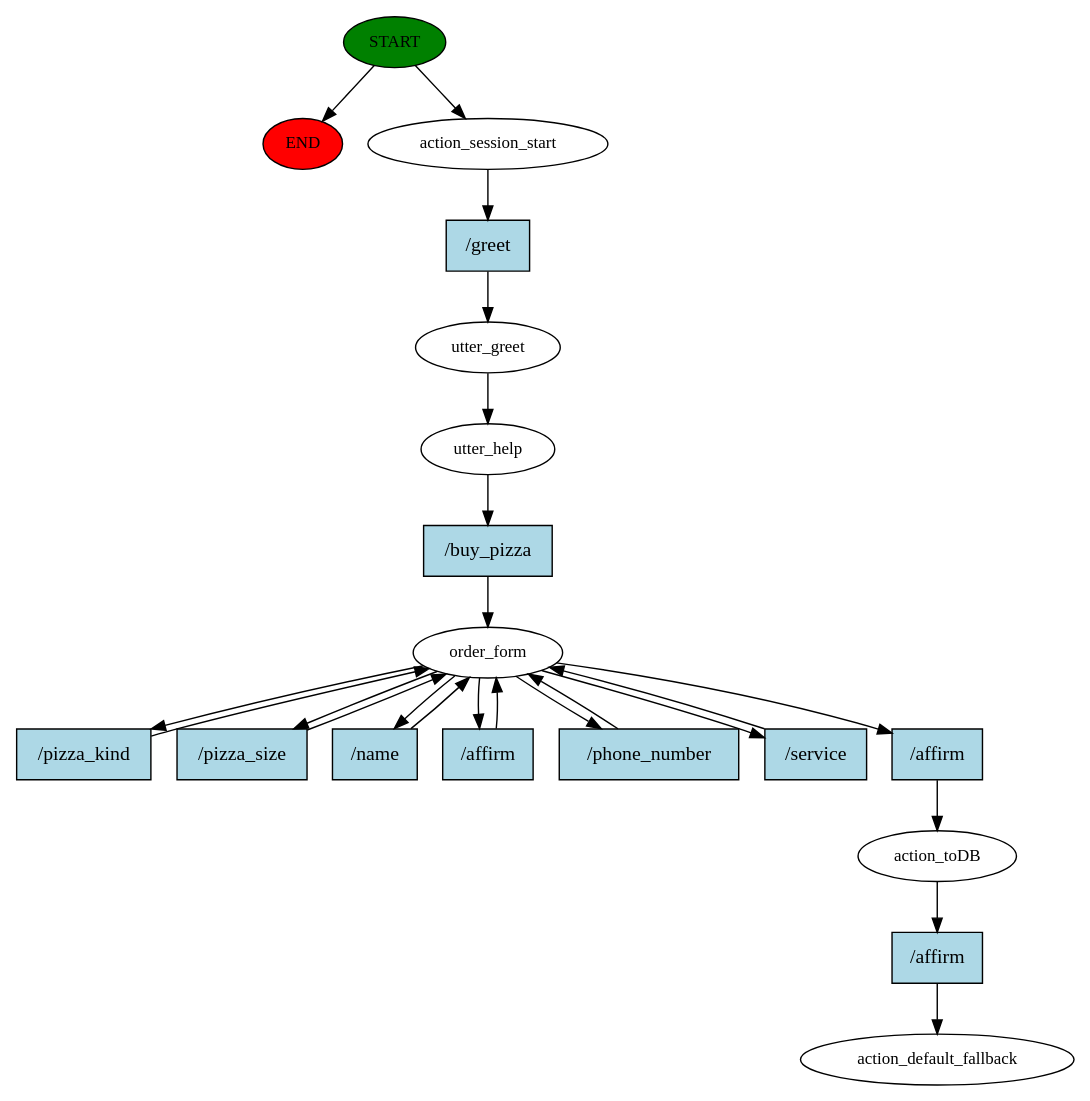
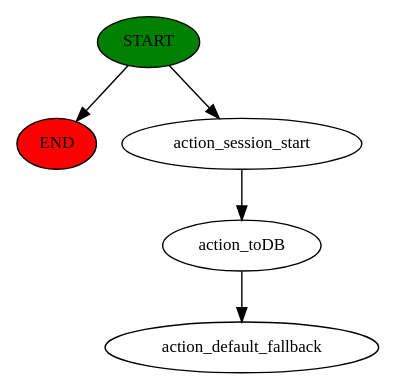
Before and after one commit to TonyKangethe/ADS-PROJEJCT-PIZZA-CHATBOT: the diagram in story_graph.dot, drawn with Graphviz. The commit also changed 1096 other files, not shown here.

```diff
--- a/story_graph.dot
+++ b/story_graph.dot
@@ -1,43 +1,11 @@
 digraph  {
 0 [class="start active", fillcolor=green, fontsize=12, label=START, style=filled];
 "-1" [class=end, fillcolor=red, fontsize=12, label=END, style=filled];
 1 [class=active, fontsize=12, label=action_session_start];
-2 [class=active, fontsize=12, label=utter_greet];
-3 [class=active, fontsize=12, label=utter_help];
-4 [class=active, fontsize=12, label=order_form];
-12 [class=active, fontsize=12, label=action_toDB];
-13 [class="dashed active", fontsize=12, label=action_default_fallback];
-14 [class="intent active", fillcolor=lightblue, label="/greet", shape=rect, style=filled];
-15 [class="intent active", fillcolor=lightblue, label="/buy_pizza", shape=rect, style=filled];
-16 [class="intent active", fillcolor=lightblue, label="/pizza_kind", shape=rect, style=filled];
-17 [class="intent active", fillcolor=lightblue, label="/pizza_size", shape=rect, style=filled];
-18 [class="intent active", fillcolor=lightblue, label="/name", shape=rect, style=filled];
-19 [class="intent active", fillcolor=lightblue, label="/affirm", shape=rect, style=filled];
-20 [class="intent active", fillcolor=lightblue, label="/phone_number", shape=rect, style=filled];
-21 [class="intent active", fillcolor=lightblue, label="/service", shape=rect, style=filled];
-22 [class="intent active", fillcolor=lightblue, label="/affirm", shape=rect, style=filled];
-23 [class="intent active", fillcolor=lightblue, label="/affirm", shape=rect, style=filled];
+2 [class=active, fontsize=12, label=action_toDB];
+3 [class="dashed active", fontsize=12, label=action_default_fallback];
 0 -> "-1"  [class="", key=NONE, label=""];
 0 -> 1  [class=active, key=NONE, label=""];
-1 -> 14  [class=active, key=0];
+1 -> 2  [class=active, key=NONE, label=""];
 2 -> 3  [class=active, key=NONE, label=""];
-3 -> 15  [class=active, key=0];
-4 -> 16  [class=active, key=0];
-4 -> 17  [class=active, key=0];
-4 -> 18  [class=active, key=0];
-4 -> 19  [class=active, key=0];
-4 -> 20  [class=active, key=0];
-4 -> 21  [class=active, key=0];
-4 -> 22  [class=active, key=0];
-12 -> 23  [class=active, key=0];
-14 -> 2  [class=active, key=0];
-15 -> 4  [class=active, key=0];
-16 -> 4  [class=active, key=0];
-17 -> 4  [class=active, key=0];
-18 -> 4  [class=active, key=0];
-19 -> 4  [class=active, key=0];
-20 -> 4  [class=active, key=0];
-21 -> 4  [class=active, key=0];
-22 -> 12  [class=active, key=0];
-23 -> 13  [class=active, key=0];
 }
```
